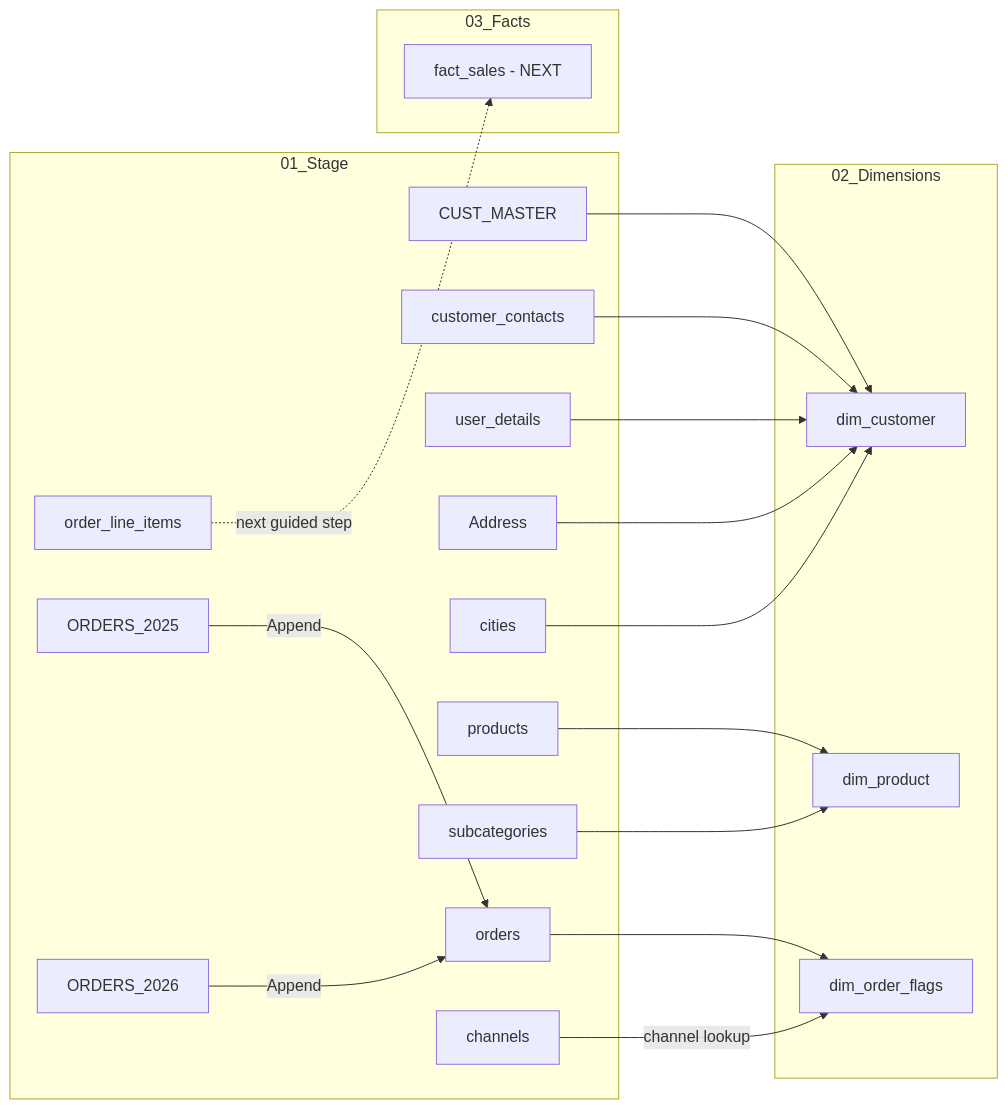
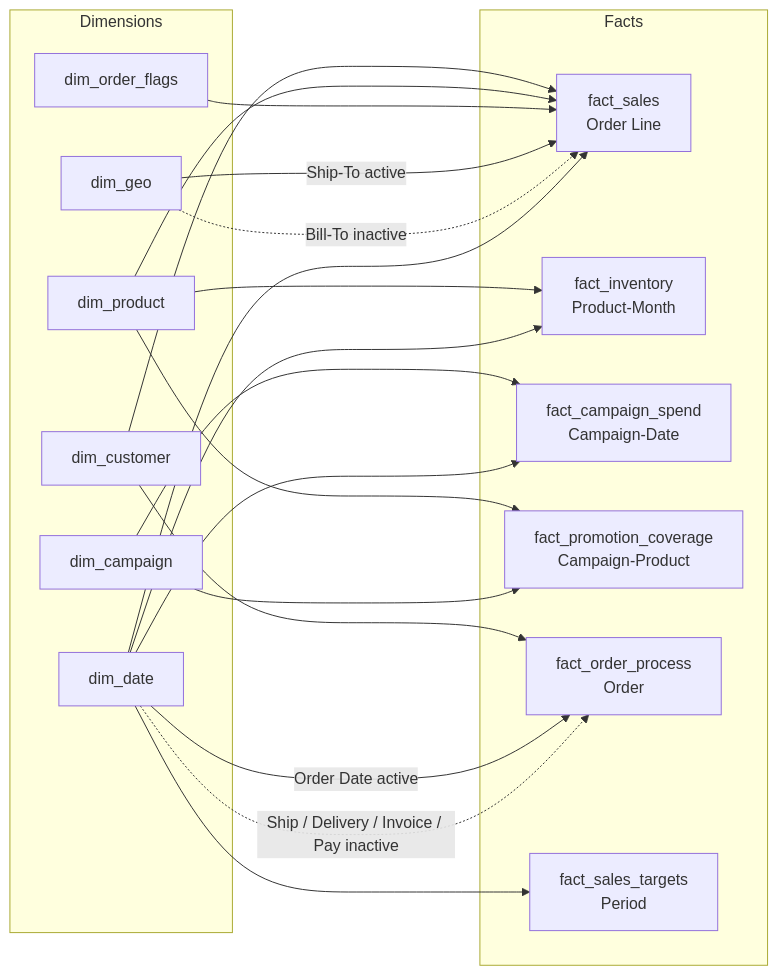
The first of 3 diagrams in diagrams/capstone-progress.md (gw-ai-security/dimensional-data-modeling-portfolio), drawn with Mermaid before and after one commit. The commit also changed other lines of this file and 22 other files, not shown here.

````diff
--- a/diagrams/capstone-progress.md
+++ b/diagrams/capstone-progress.md
@@ -5,43 +5,37 @@
 ```mermaid
 flowchart LR
-    subgraph STAGE[01_Stage]
-        CM[CUST_MASTER]
-        CC[customer_contacts]
-        UD[user_details]
-        AD[Address]
-        CI[cities]
-        PR[products]
-        SC[subcategories]
-        O25[ORDERS_2025]
-        O26[ORDERS_2026]
-        OR[orders]
-        CH[channels]
-        OLI[order_line_items]
+    subgraph DIMS[Dimensions]
+        DC[dim_customer]
+        DP[dim_product]
+        DF[dim_order_flags]
+        DG[dim_geo]
+        DCA[dim_campaign]
+        DD[dim_date]
     end
 
-    subgraph DIMS[02_Dimensions]
-        DC[dim_customer]
-        DP[dim_product]
-        DOF[dim_order_flags]
+    subgraph FACTS[Facts]
+        FS[fact_sales<br/>Order Line]
+        FI[fact_inventory<br/>Product-Month]
+        FCS[fact_campaign_spend<br/>Campaign-Date]
+        FPC[fact_promotion_coverage<br/>Campaign-Product]
+        FOP[fact_order_process<br/>Order]
+        FST[fact_sales_targets<br/>Period]
     end
 
-    subgraph FACTS[03_Facts]
-        FS[fact_sales - NEXT]
-    end
-
-    CM --> DC
-    CC --> DC
-    UD --> DC
-    AD --> DC
-    CI --> DC
-
-    PR --> DP
-    SC --> DP
-
-    O25 -->|Append| OR
-    O26 -->|Append| OR
-    OR --> DOF
-    CH -->|channel lookup| DOF
-
-    OLI -.->|next guided step| FS
+    DC --> FS
+    DC --> FOP
+    DP --> FS
+    DP --> FI
+    DP --> FPC
+    DF --> FS
+    DG -->|Ship-To active| FS
+    DG -.->|Bill-To inactive| FS
+    DCA --> FCS
+    DCA --> FPC
+    DD --> FS
+    DD --> FI
+    DD --> FCS
+    DD --> FST
+    DD -->|Order Date active| FOP
+    DD -.->|Ship / Delivery / Invoice / Pay inactive| FOP
 ```
````
